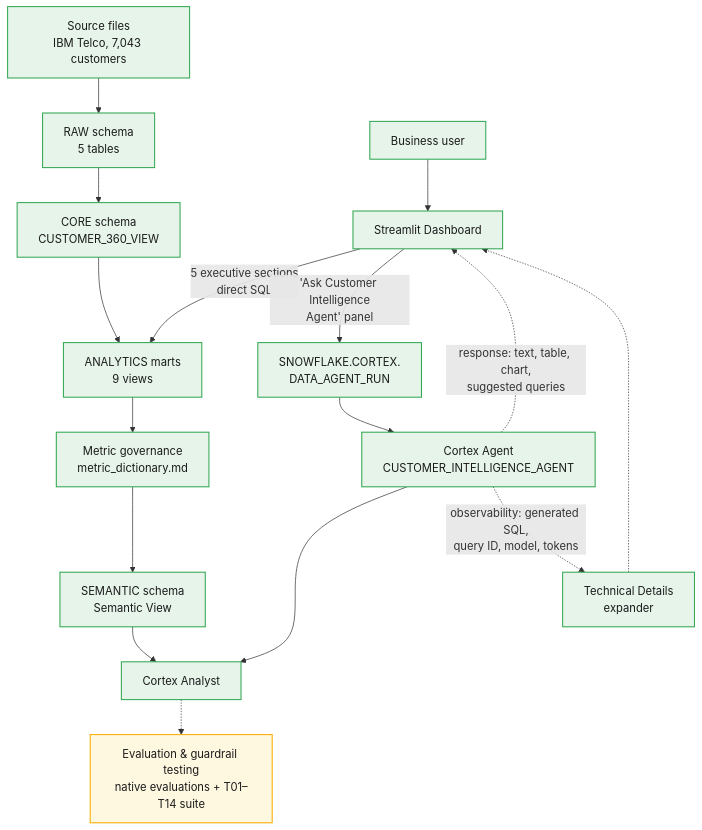
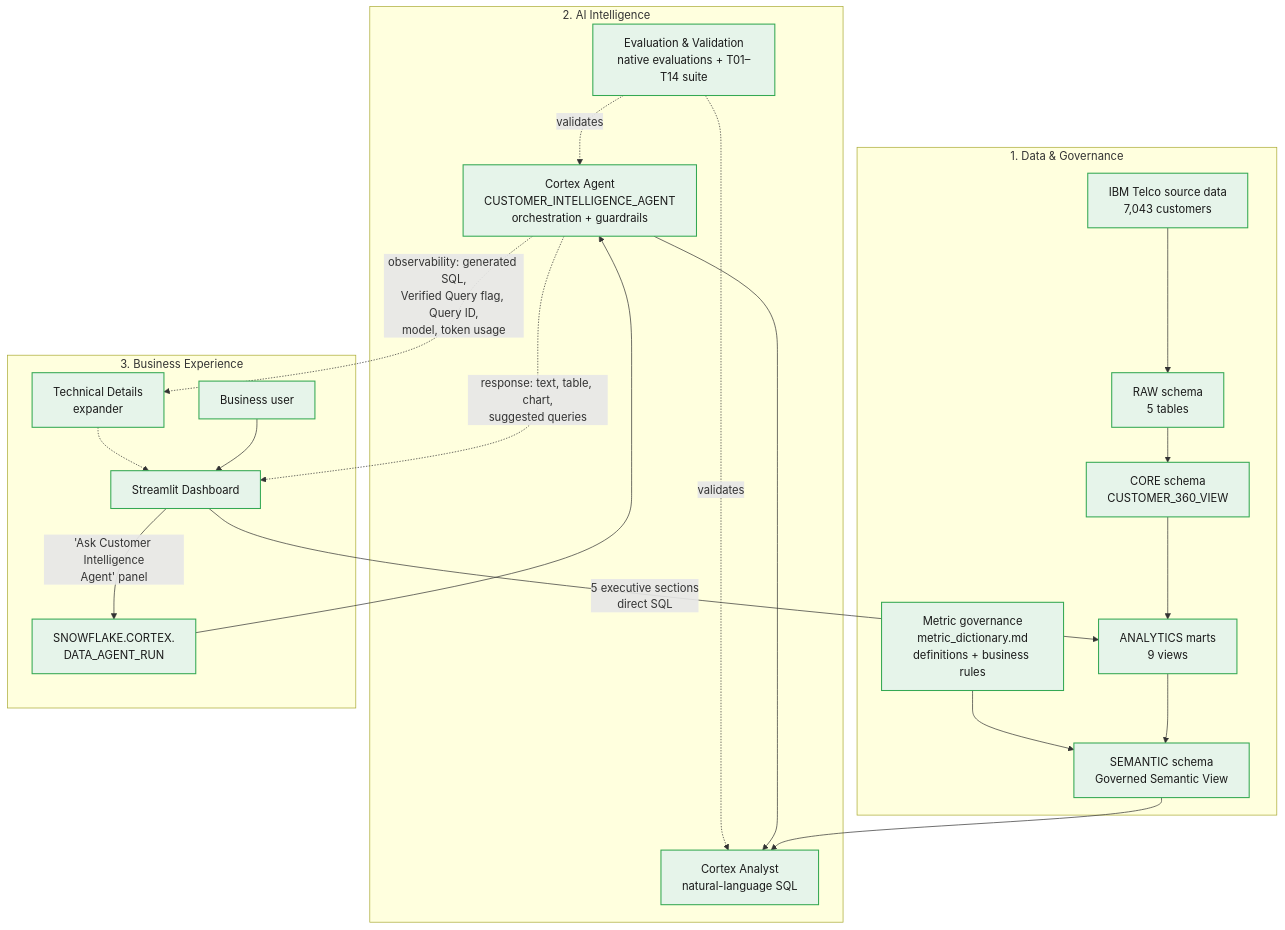
Before and after one commit to JuanjoChiarellaR/customer-intelligence-analytics-platform: the diagram in docs/architecture.md, drawn with Mermaid. The commit also changed other lines of this file and 1 other file, not shown here.

Commit message:
docs: align architecture diagrams and validation model

````diff
--- a/docs/architecture.md
+++ b/docs/architecture.md
@@ -5,22 +7,39 @@
 ```mermaid
-flowchart TD
-    A["Source files<br/>IBM Telco, 7,043 customers"]:::done --> B["RAW schema<br/>5 tables"]:::done
-    B --> C["CORE schema<br/>CUSTOMER_360_VIEW"]:::done
-    C --> D["ANALYTICS marts<br/>9 views"]:::done
-    D --> E["Metric governance<br/>metric_dictionary.md"]:::done
-    E --> F["SEMANTIC schema<br/>Semantic View"]:::done
-    F --> G["Cortex Analyst"]:::done
-    G -.-> X["Evaluation & guardrail testing<br/>native evaluations + T01–T14 suite"]:::partial
+flowchart TB
 
-    U["Business user"]:::done --> S["Streamlit Dashboard"]:::done
-    S -->|"5 executive sections<br/>direct SQL"| D
-    S -->|"'Ask Customer Intelligence<br/>Agent' panel"| R["SNOWFLAKE.CORTEX.<br/>DATA_AGENT_RUN"]:::done
-    R --> H["Cortex Agent<br/>CUSTOMER_INTELLIGENCE_AGENT"]:::done
-    H --> G
-    H -.->|"response: text, table, chart,<br/>suggested queries"| S
-    H -.->|"observability: generated SQL,<br/>query ID, model, tokens"| T["Technical Details<br/>expander"]:::done
-    T -.-> S
+    subgraph DATA["1. Data & Governance"]
+        A["IBM Telco source data<br/>7,043 customers"] --> B["RAW schema<br/>5 tables"]
+        B --> C["CORE schema<br/>CUSTOMER_360_VIEW"]
+        C --> D["ANALYTICS marts<br/>9 views"]
+        D --> F["SEMANTIC schema<br/>Governed Semantic View"]
+
+        M["Metric governance<br/>metric_dictionary.md<br/>definitions + business rules"] --> F
+    end
+
+    subgraph AI["2. AI Intelligence"]
+        F --> G["Cortex Analyst<br/>natural-language SQL"]
+
+        H["Cortex Agent<br/>CUSTOMER_INTELLIGENCE_AGENT<br/>orchestration + guardrails"] --> G
+
+        Q["Evaluation & Validation<br/>native evaluations + T01–T14 suite"]
+
+        Q -.->|"validates"| G
+        Q -.->|"validates"| H
+    end
+
+    subgraph UX["3. Business Experience"]
+        U["Business user"] --> S["Streamlit Dashboard"]
+
+        S -->|"5 executive sections<br/>direct SQL"| D
+        S -->|"'Ask Customer Intelligence<br/>Agent' panel"| R["SNOWFLAKE.CORTEX.<br/>DATA_AGENT_RUN"]
+        R --> H
+
+        H -.->|"response: text, table, chart,<br/>suggested queries"| S
+        H -.->|"observability: generated SQL,<br/>Verified Query flag, Query ID,<br/>model, token usage"| T["Technical Details<br/>expander"]
+        T -.-> S
+    end
 
     classDef done fill:#e6f4ea,stroke:#34a853,stroke-width:1.5px,color:#1a1a1a;
-    classDef partial fill:#fff8e1,stroke:#f9ab00,stroke-width:1.5px,color:#1a1a1a;
+
+    class A,B,C,D,F,M,G,H,Q,U,S,R,T done;
 ```
````
